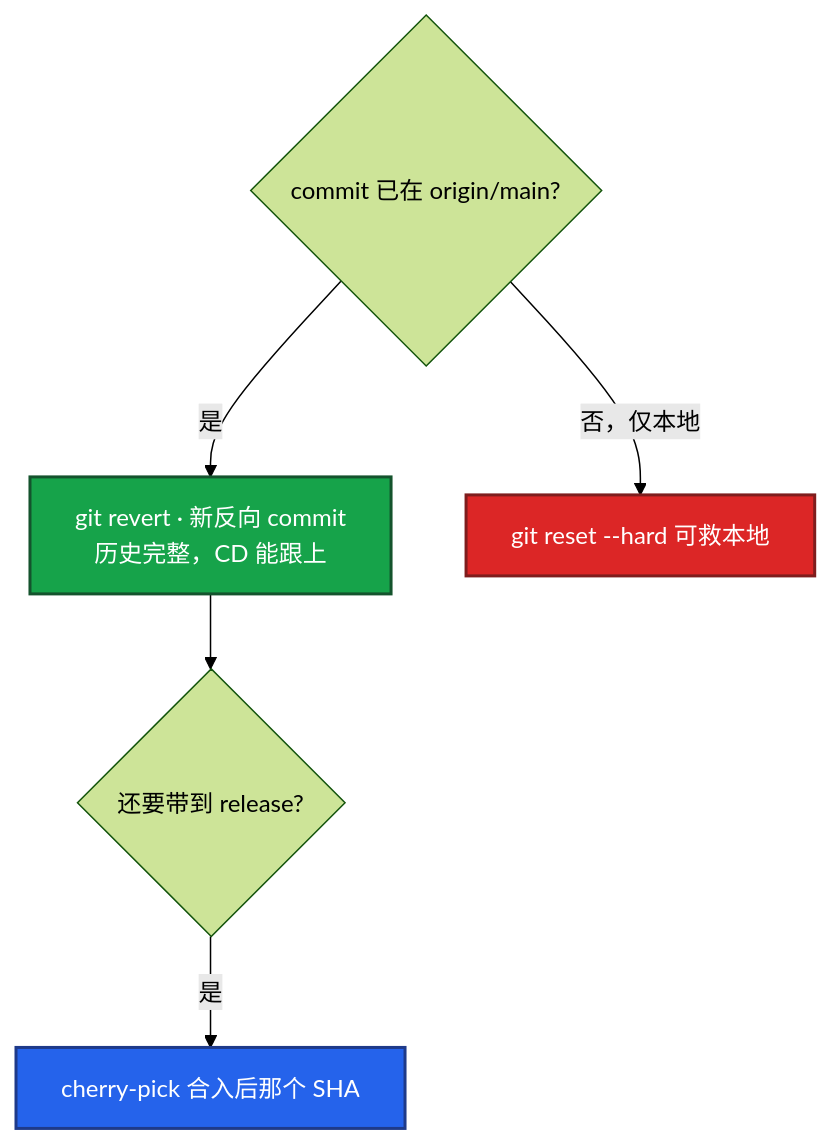
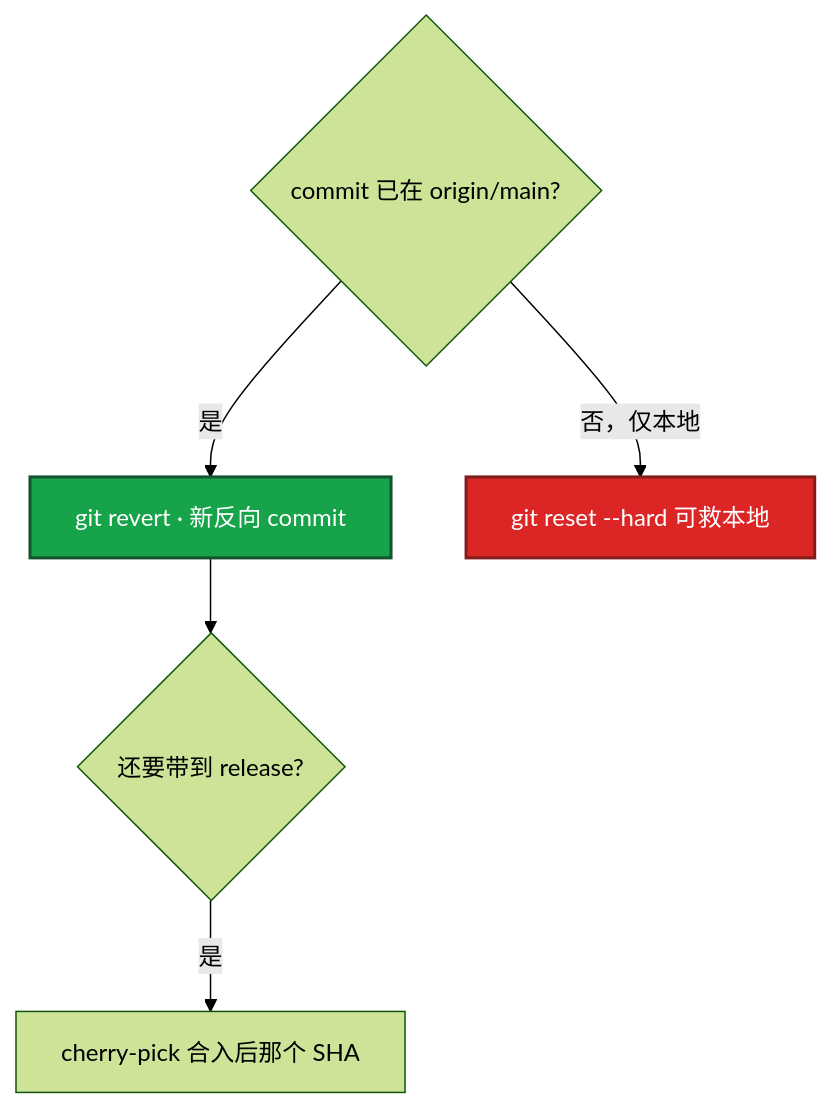
One commit to ml-cuizijun/LearnToLilith changed the fourth of 7 diagrams in 05-工程化与自动化/01-Git工作流/知识点.md. Above: the diagram before and after it, drawn with Mermaid (forest theme). The commit also changed other lines of this file and 107 other files, not shown here.

````diff
--- a/05-工程化与自动化/01-Git工作流/知识点.md
+++ b/05-工程化与自动化/01-Git工作流/知识点.md
@@ -249,15 +328,13 @@
 ```mermaid
 flowchart TB
     Q{commit 已在 origin/main?}
-    Q -->|是| A["git revert · 新反向 commit<br/>历史完整，CD 能跟上"]
+    Q -->|是| A["git revert · 新反向 commit"]
     Q -->|否，仅本地| B["git reset --hard 可救本地"]
     A --> C{还要带到 release?}
     C -->|是| D["cherry-pick 合入后那个 SHA"]
 
     classDef ok fill:#16A34A,stroke:#14532D,stroke-width:2px,color:#fff
     classDef bad fill:#DC2626,stroke:#7F1D1D,stroke-width:2px,color:#fff
-    classDef info fill:#2563EB,stroke:#1E3A8A,stroke-width:2px,color:#fff
     class A ok
     class B bad
-    class D info
 ```
````
